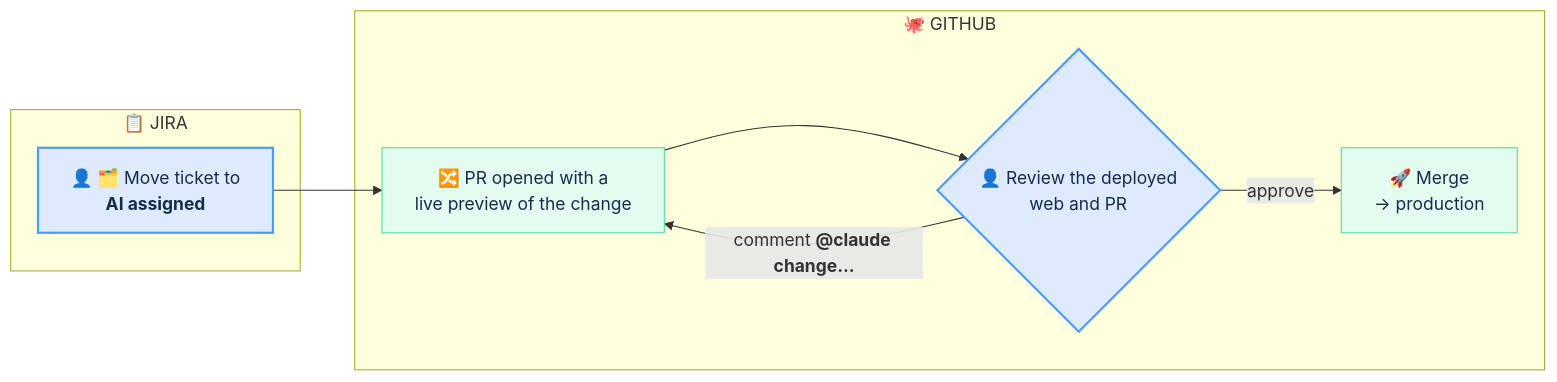
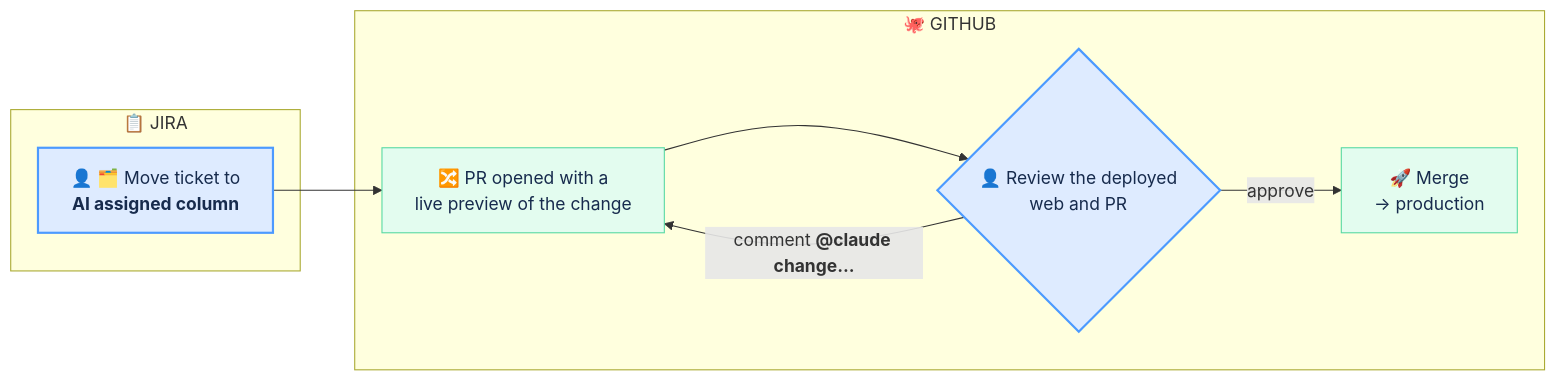
One commit to gonz96/agentic-prs changed the first of 2 diagrams in README.md. Above: the diagram before and after it, drawn with Mermaid.

````diff
--- a/README.md
+++ b/README.md
@@ -19,21 +19,21 @@
 ```mermaid
 flowchart LR
     subgraph JIRA["📋 JIRA"]
-        A["👤 🗂️ Move ticket to<br/><b>AI assigned</b>"]
+        A["👤 🗂️ Move ticket to<br/><b> AI assigned column</b>"]
     end
 
     subgraph GH["🐙 GITHUB"]
         B["🔀 PR opened with a<br/>live preview of the change"]
         C{"👤 Review the deployed<br/>web and PR"}
         D["🚀 Merge<br/>→ production"]
     end
 
     A --> B --> C
     C -->|"approve"| D
     C -->|"comment <b>@claude change...</b>"| B
 
     classDef manual fill:#deebff,stroke:#4c9aff,stroke-width:2px,color:#172b4d
     classDef auto fill:#e3fcef,stroke:#57d9a3,color:#172b4d
     class A,C manual
     class B,D auto
 ```
````
